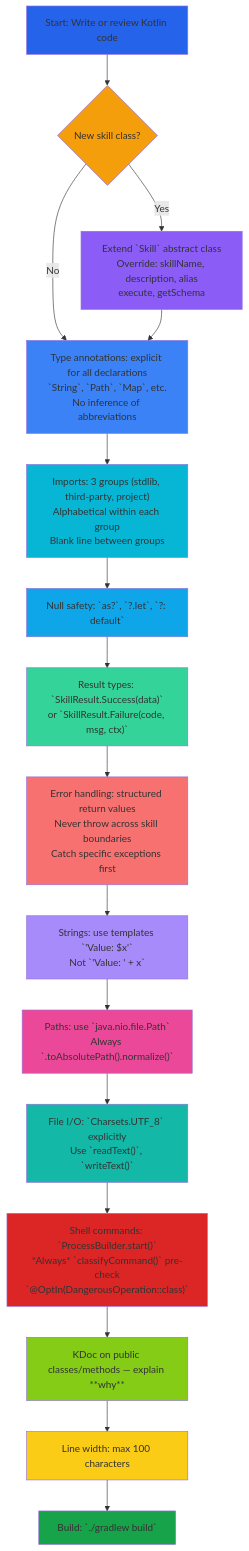
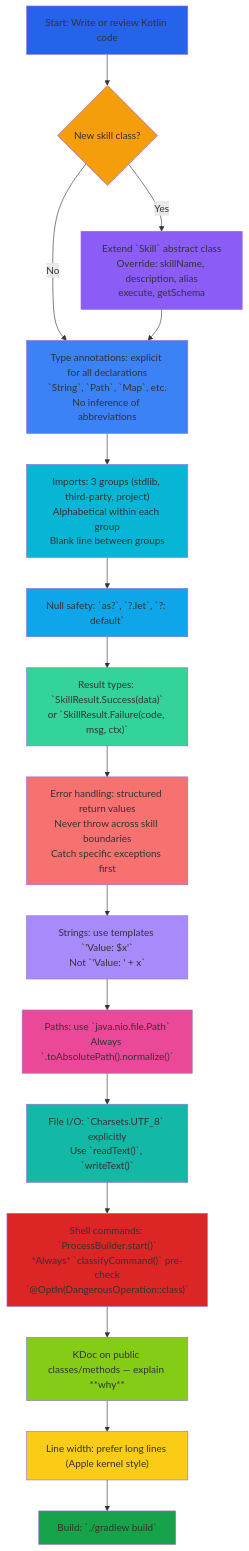
One commit to lg841226/Gradum changed the diagram in docs/CODING_STANDARDS_KOTLIN.md. Above: the diagram before and after it, drawn with Mermaid. The commit also changed other lines of this file and 7 other files, not shown here.

````diff
--- a/docs/CODING_STANDARDS_KOTLIN.md
+++ b/docs/CODING_STANDARDS_KOTLIN.md
@@ -6,35 +6,35 @@
 ```mermaid
 flowchart TD
     A["Start: Write or review Kotlin code"] --> B{New skill class?}
     B -->|Yes| C["Extend `Skill` abstract class<br/>Override: skillName, description, alias<br/>execute, getSchema"]
     B -->|No| D
 
     C --> D["Type annotations: explicit for all declarations<br/>`String`, `Path`, `Map<String, Any>`, etc.<br/>No inference of abbreviations"]
     D --> E["Imports: 3 groups (stdlib, third-party, project)<br/>Alphabetical within each group<br/>Blank line between groups"]
     E --> F["Null safety: `as?`, `?.let`, `?: default`"]
     F --> G["Result types: `SkillResult.Success(data)`<br/>or `SkillResult.Failure(code, msg, ctx)`"]
     G --> H["Error handling: structured return values<br/>Never throw across skill boundaries<br/>Catch specific exceptions first"]
     H --> I["Strings: use templates `'Value: $x'`<br/>Not `'Value: ' + x`"]
     I --> J["Paths: use `java.nio.file.Path`<br/>Always `.toAbsolutePath().normalize()`"]
     J --> K["File I/O: `Charsets.UTF_8` explicitly<br/>Use `readText()`, `writeText()`"]
     K --> L["Shell commands: `ProcessBuilder.start()`<br/>*Always* `classifyCommand()` pre-check<br/>`@OptIn(DangerousOperation::class)`"]
     L --> M["KDoc on public classes/methods — explain **why**"]
-    M --> N["Line width: max 100 characters"]
+    M --> N["Line width: prefer long lines (Apple kernel style)"]
     N --> O["Build: `./gradlew build`"]
 
     style A fill:#2563eb
     style B fill:#f59e0b
     style C fill:#8b5cf6
     style D fill:#3b82f6
     style E fill:#06b6d4
     style F fill:#0ea5e9
     style G fill:#34d399
     style H fill:#f87171
     style I fill:#a78bfa
     style J fill:#ec4899
     style K fill:#14b8a6
     style L fill:#dc2626
     style M fill:#84cc16
     style N fill:#facc15
     style O fill:#16a34a
 ```
````
